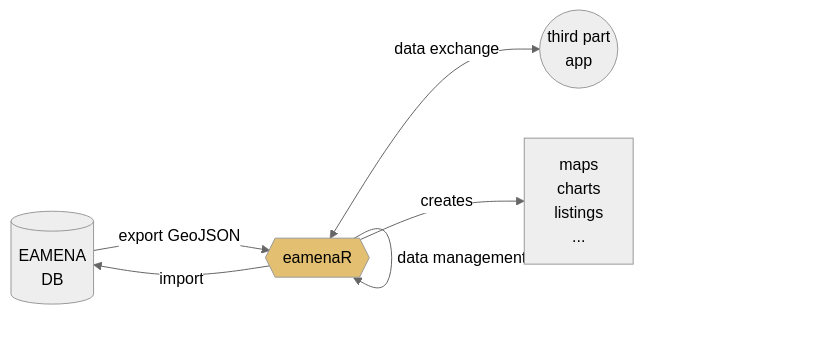
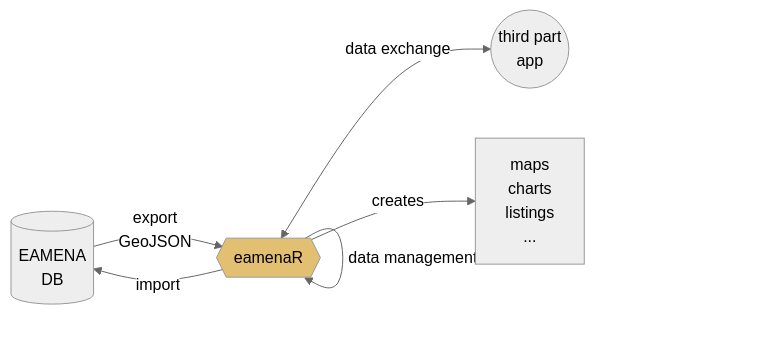
One commit to eamena-project/eamenaR changed the first of 3 diagrams in README.md. Above: the diagram before and after it, drawn with Mermaid (neutral theme). The commit also changed other lines of this file, not shown here.

Commit message:
varia cultural periods

````diff
--- a/README.md
+++ b/README.md
@@ -16,9 +16,9 @@
 ```mermaid
 flowchart LR
-    A[(EAMENA<br>DB)] --export GeoJSON--> B{{"eamenaR"}}:::eamenaRpkg;
+    A[(EAMENA<br>DB)] --export<br>GeoJSON--> B{{"eamenaR"}}:::eamenaRpkg;
     B --data management--> B;
     B <--data exchange--> C((third part<br>app));
     B --import--> A;
     B --creates--> D[maps<br>charts<br>listings<br>...]
     classDef eamenaRpkg fill:#e3c071;
 ```
````
